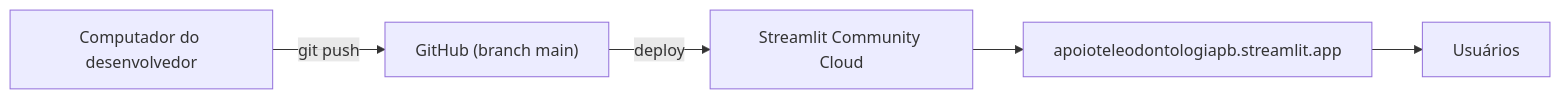
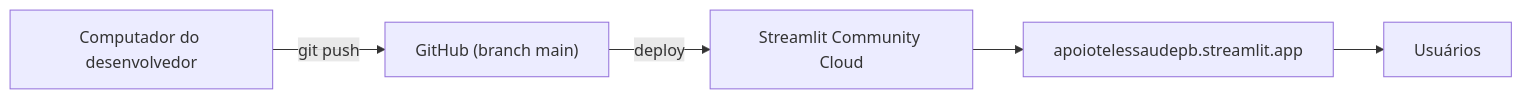
The first of 7 diagrams in docs/apresentacao_tecnica.md (lucasmarinhoba/repositorio_telemedicina_telessaude_pb), drawn with Mermaid before and after one commit. The commit also changed other lines of this file and 1 other file, not shown here.

Commit message:
docs: atualizar links para apoiotelessaudepb e nome interno do repositorio

````diff
--- a/docs/apresentacao_tecnica.md
+++ b/docs/apresentacao_tecnica.md
@@ -123,7 +123,7 @@
 ```mermaid
 flowchart LR
     DEV["Computador do desenvolvedor"] -->|git push| GH["GitHub (branch main)"]
     GH -->|deploy| SC["Streamlit Community Cloud"]
-    SC --> URL["apoioteleodontologiapb.streamlit.app"]
+    SC --> URL["apoiotelessaudepb.streamlit.app"]
     URL --> USR["Usuários"]
 ```
````
